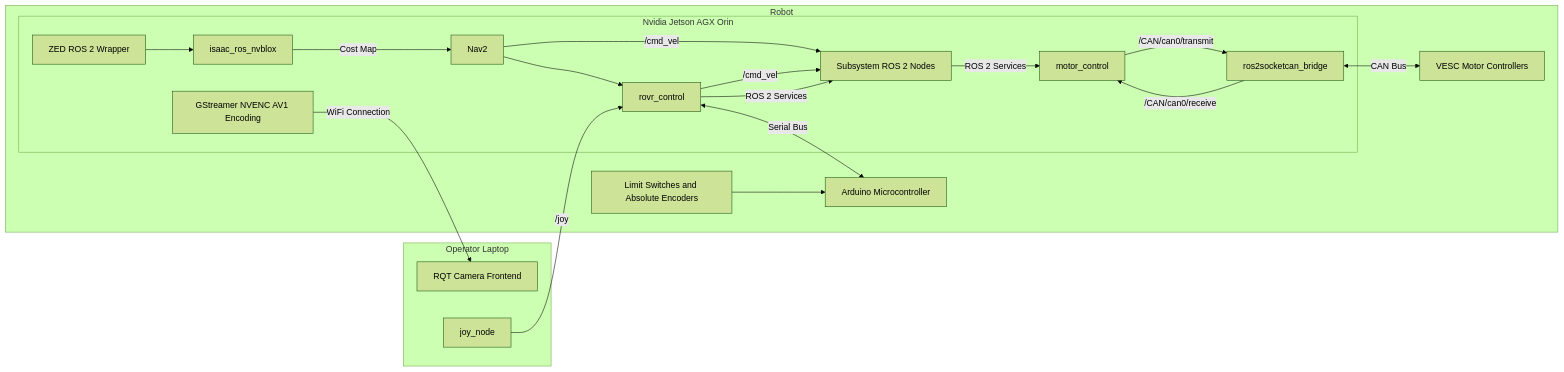
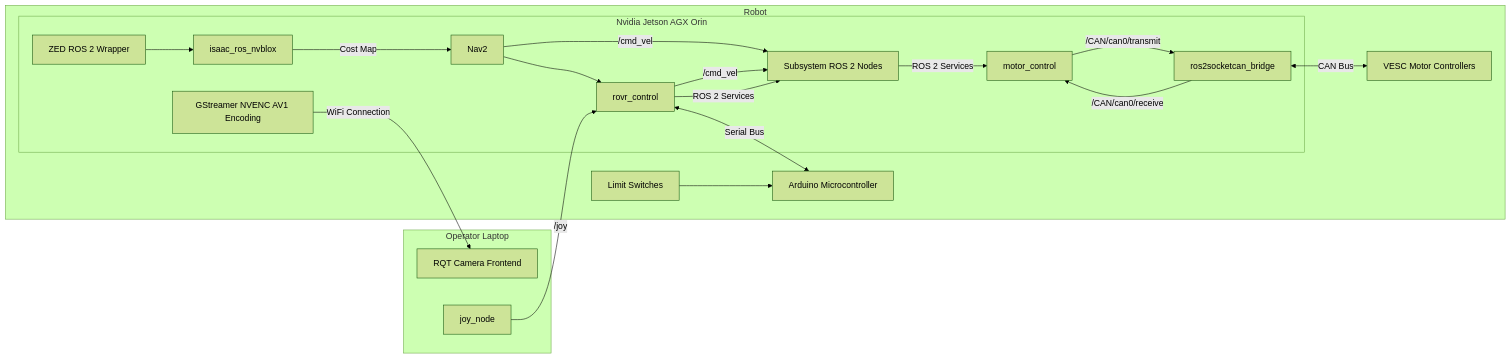
One commit to GOFIRST-Robotics/Lunabotics changed the diagram in README.md. Above: the diagram before and after it, drawn with Mermaid (forest theme). The commit also changed 2 other files, not shown here.

Commit message:
Remove remaining mentions of absolute encoders

````diff
--- a/README.md
+++ b/README.md
@@ -7,36 +7,36 @@
 ```mermaid
 graph LR
     subgraph A[Operator Laptop]
         B[RQT Camera Frontend]
         J[joy_node]
     end
     subgraph C[Robot]
         subgraph F[Nvidia Jetson AGX Orin]
             G[motor_control]
             H[GStreamer NVENC AV1 Encoding]
             I[isaac_ros_nvblox]
             L[ros2socketcan_bridge]
             M[Nav2]
             N[Subsystem ROS 2 Nodes]
             O[rovr_control]
             P[ZED ROS 2 Wrapper]
         end
         D[Arduino Microcontroller]
-        K[Limit Switches and Absolute Encoders]
+        K[Limit Switches]
         E[VESC Motor Controllers]
     end
     K --> D
     O <-- Serial Bus --> D
     H -- WiFi Connection --> B
     L <-- CAN Bus --> E
     P --> I
     I -- Cost Map --> M
     M --> O
     J -- /joy --> O
     M -- /cmd_vel --> N
     G -- /CAN/can0/transmit --> L
     L -- /CAN/can0/receive --> G
     O -- /cmd_vel --> N
     O -- ROS 2 Services --> N
     N -- ROS 2 Services --> G
 ```
````
